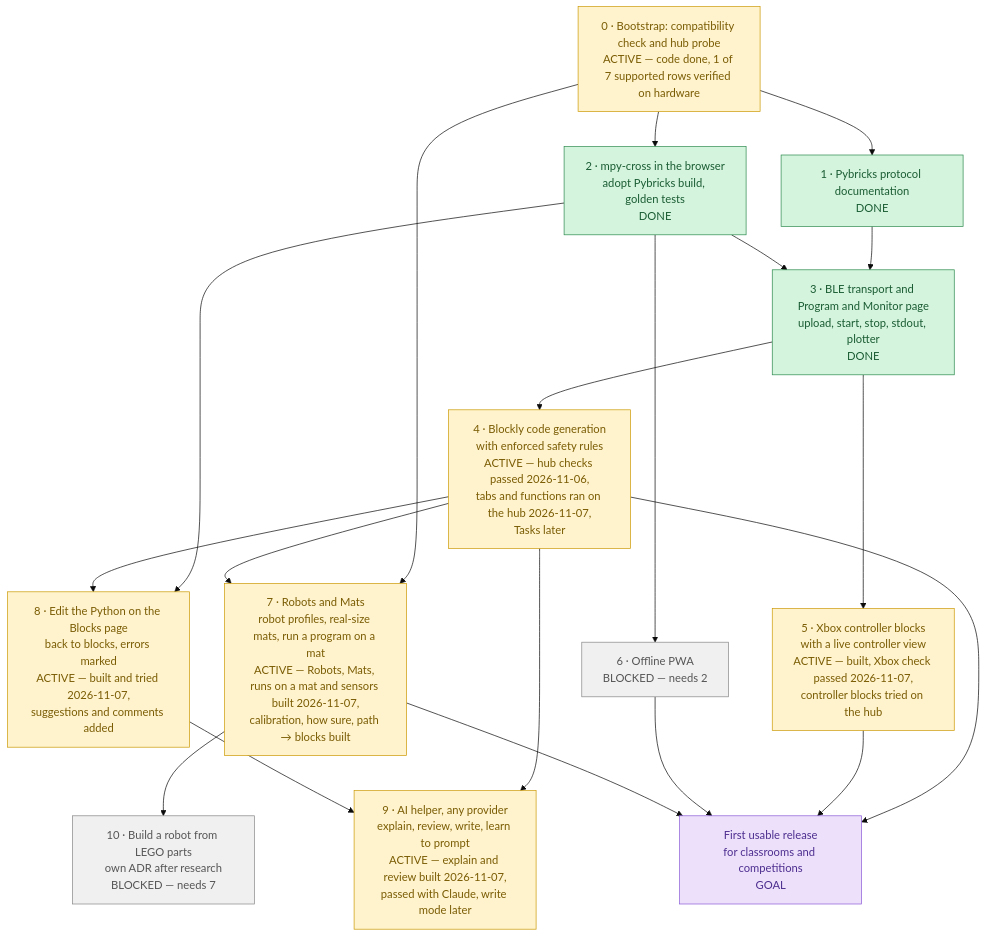
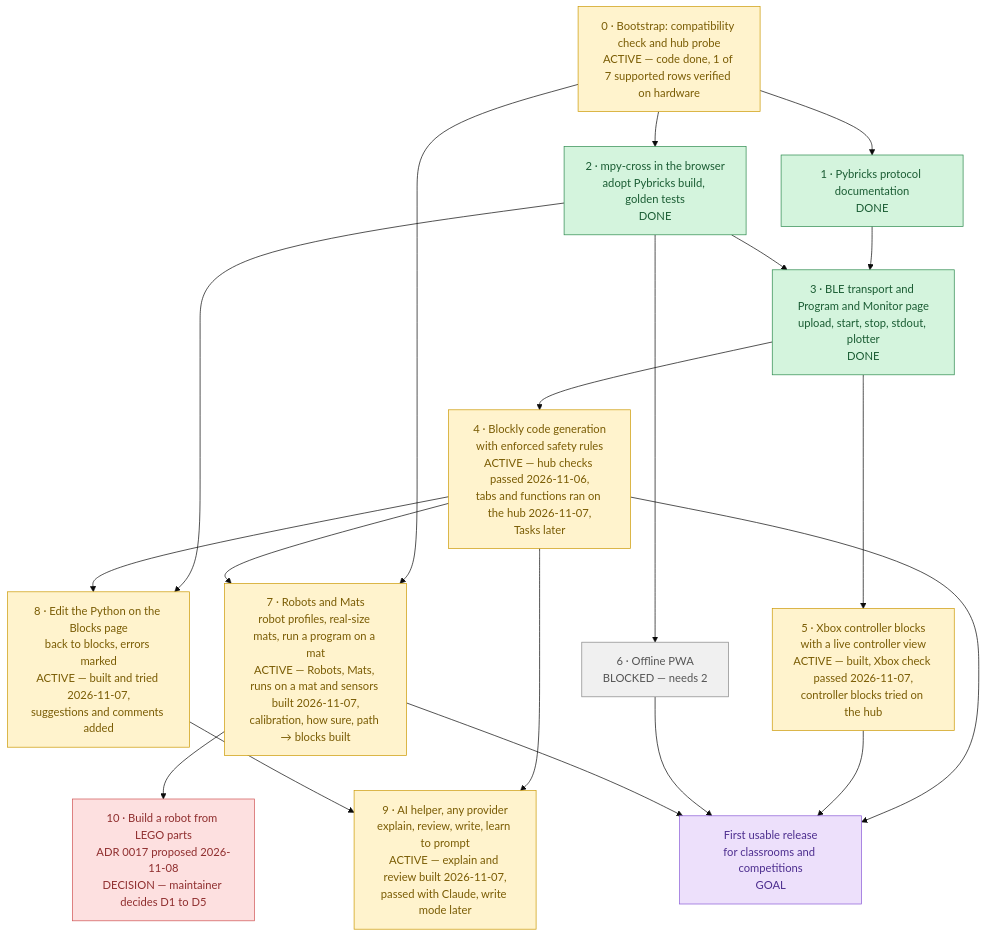
One commit to lumduan/matpilot changed the diagram in docs/roadmap.md. Above: the diagram before and after it, drawn with Mermaid (base theme). The commit also changed other lines of this file and 3 other files, not shown here.

First line of the commit message:
docs: ADR 0017, building a robot from LEGO parts (proposed)

````diff
--- a/docs/roadmap.md
+++ b/docs/roadmap.md
@@ -10,49 +10,50 @@
 ```mermaid
 flowchart TD
     M0["0 · Bootstrap: compatibility check and hub probe<br/>ACTIVE — code done, 1 of 7 supported rows verified on hardware"]
     M1["1 · Pybricks protocol documentation<br/>DONE"]
     M2["2 · mpy-cross in the browser<br/>adopt Pybricks build, golden tests<br/>DONE"]
     M3["3 · BLE transport and Program and Monitor page<br/>upload, start, stop, stdout, plotter<br/>DONE"]
     M4["4 · Blockly code generation<br/>with enforced safety rules<br/>ACTIVE — hub checks passed 2026-11-06,<br/>tabs and functions ran on the hub 2026-11-07,<br/>Tasks later"]
     M5["5 · Xbox controller blocks<br/>with a live controller view<br/>ACTIVE — built, Xbox check passed 2026-11-07,<br/>controller blocks tried on the hub"]
     M6["6 · Offline PWA<br/>BLOCKED — needs 2"]
     M7["7 · Robots and Mats<br/>robot profiles, real-size mats, run a program on a mat<br/>ACTIVE — Robots, Mats, runs on a mat and sensors built 2026-11-07,<br/>calibration, how sure, path → blocks built"]
-    M10["10 · Build a robot from LEGO parts<br/>own ADR after research<br/>BLOCKED — needs 7"]
+    M10["10 · Build a robot from LEGO parts<br/>ADR 0017 proposed 2026-11-08<br/>DECISION — maintainer decides D1 to D5"]
     M8["8 · Edit the Python on the Blocks page<br/>back to blocks, errors marked<br/>ACTIVE — built and tried 2026-11-07,<br/>suggestions and comments added"]
     M9["9 · AI helper, any provider<br/>explain, review, write, learn to prompt<br/>ACTIVE — explain and review built 2026-11-07,<br/>passed with Claude, write mode later"]
     GOAL["First usable release<br/>for classrooms and competitions<br/>GOAL"]
 
     M0 --> M1
     M0 --> M2
     M0 --> M7
     M4 --> M7
     M7 --> M10
     M1 --> M3
     M2 --> M3
     M3 --> M4
     M3 --> M5
     M2 --> M6
     M4 --> GOAL
     M5 --> GOAL
     M6 --> GOAL
     M7 --> GOAL
     M2 --> M8
     M4 --> M8
     M4 --> M9
     M8 --> M9
 
     classDef done     fill:#d4f4dd,stroke:#2d8a4e,color:#1a5c33
     classDef active   fill:#fff3cd,stroke:#cc9a06,color:#7a5c04
     classDef ready    fill:#d6e9ff,stroke:#3b7dd8,color:#1e4d8f
     classDef blocked  fill:#f0f0f0,stroke:#888,color:#555
     classDef goal     fill:#ede0fb,stroke:#8a5cd8,color:#4d2e8f
     classDef decision fill:#fde0e0,stroke:#d05555,color:#8f2e2e
 
     class M0,M4,M5 active
     class M1,M2,M3 done
     class M7 active
-    class M6,M10 blocked
+    class M6 blocked
+    class M10 decision
     class GOAL goal
     class M8 active
     class M9 active
 ```
````
